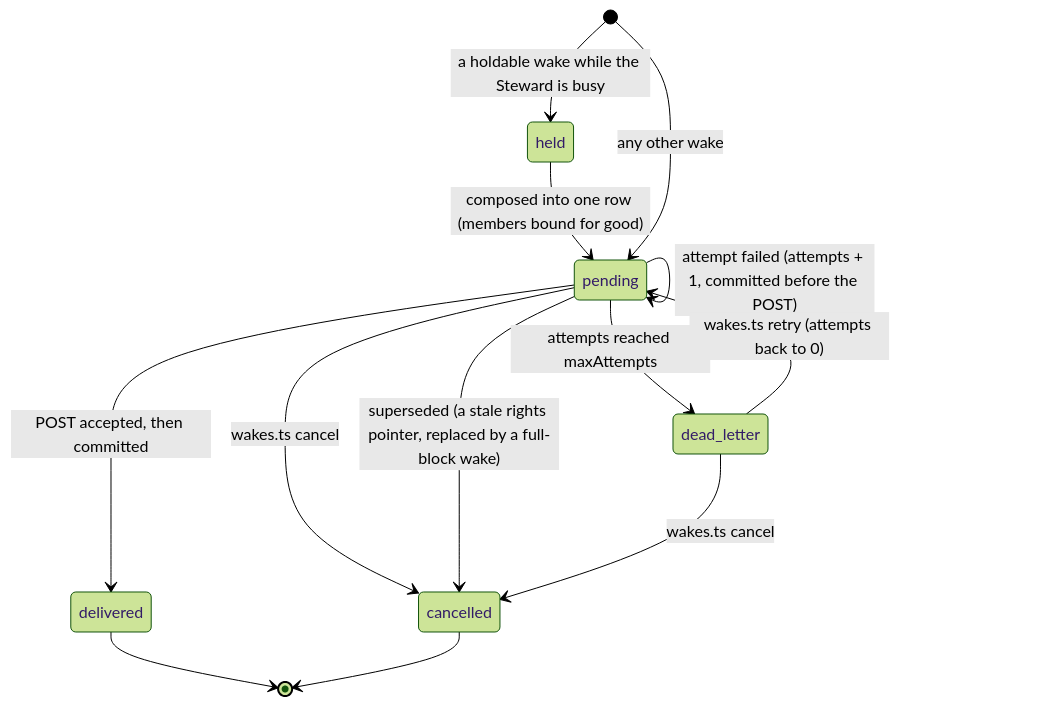
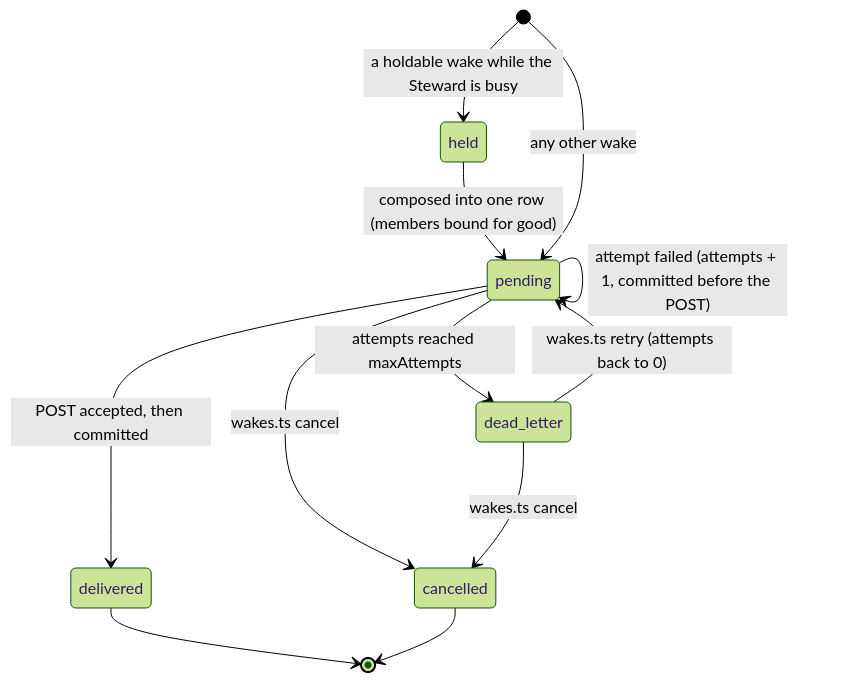
One commit to nbost130/chamberlain changed the third of 4 diagrams in docs/ARCHITECTURE.md. Above: the diagram before and after it, drawn with Mermaid (forest theme). The commit also changed other lines of this file and 15 other files, not shown here.

````diff
--- a/docs/ARCHITECTURE.md
+++ b/docs/ARCHITECTURE.md
@@ -194,15 +198,14 @@
 ```mermaid
 stateDiagram-v2
   [*] --> held: a holdable wake while the Steward is busy
   held --> pending: composed into one row (members bound for good)
   [*] --> pending: any other wake
   pending --> pending: attempt failed (attempts + 1, committed before the POST)
   pending --> delivered: POST accepted, then committed
   pending --> dead_letter: attempts reached maxAttempts
   dead_letter --> pending: wakes.ts retry (attempts back to 0)
   pending --> cancelled: wakes.ts cancel
-  pending --> cancelled: superseded (a stale rights pointer, replaced by a full-block wake)
   dead_letter --> cancelled: wakes.ts cancel
   delivered --> [*]
   cancelled --> [*]
 ```
````
